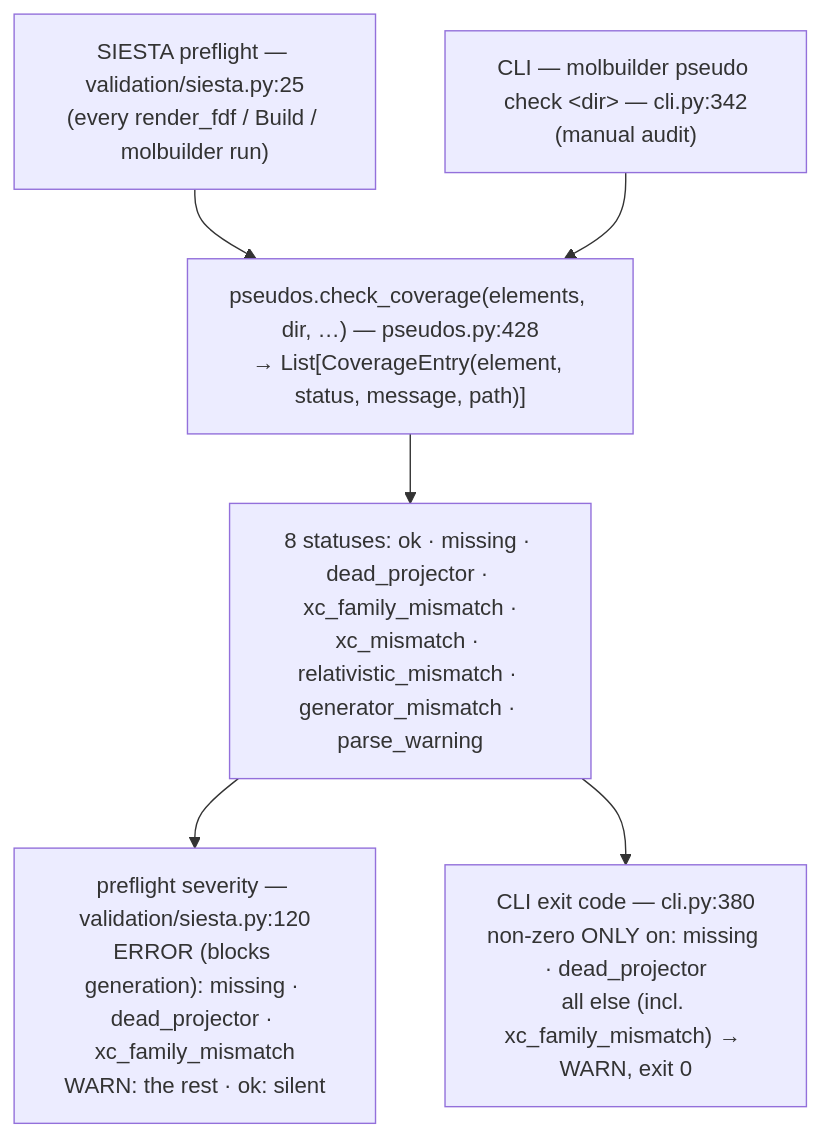
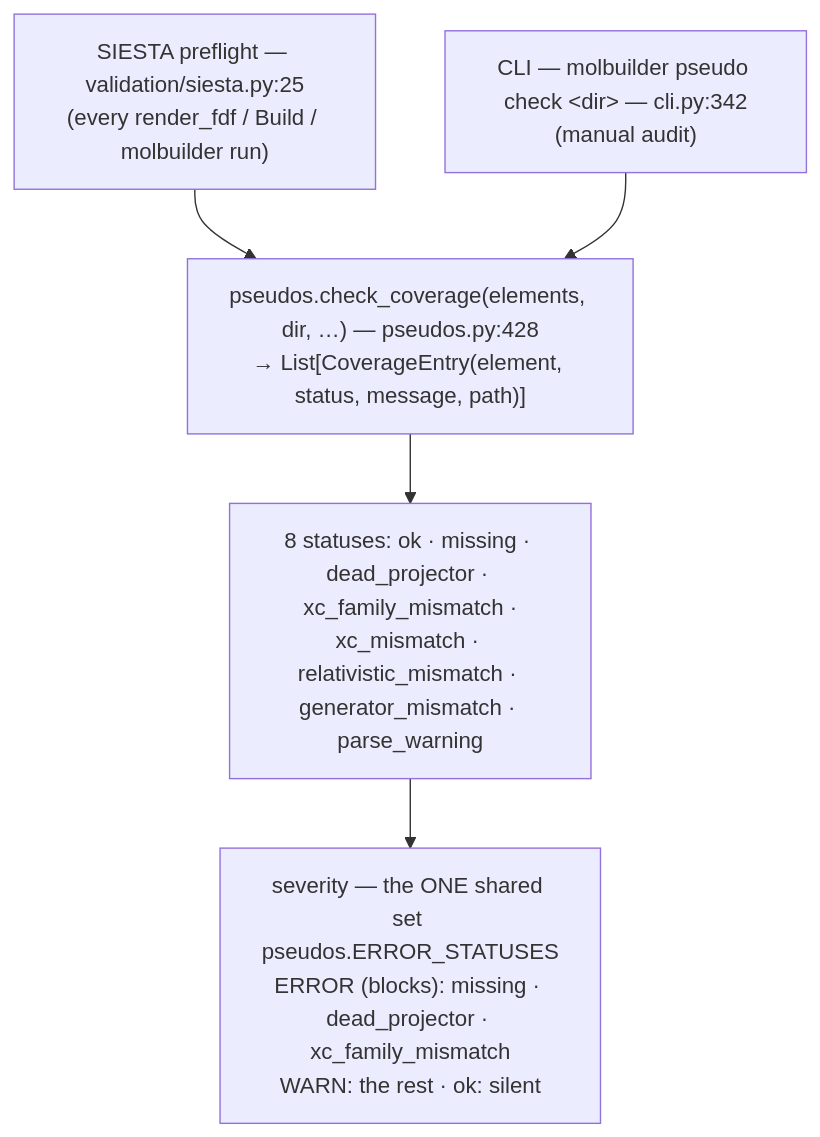
The diagram in docs/science/pseudopotentials.md (Qing-LAB/molbuilder), drawn with Mermaid before and after one commit. The commit also changed other lines of this file and 4 other files, not shown here.

````diff
--- a/docs/science/pseudopotentials.md
+++ b/docs/science/pseudopotentials.md
@@ -45,14 +45,11 @@
 ```mermaid
 flowchart TB
     P["SIESTA preflight — validation/siesta.py:25<br/>(every render_fdf / Build / molbuilder run)"]
     C["CLI — molbuilder pseudo check &lt;dir&gt; — cli.py:342<br/>(manual audit)"]
     CC["pseudos.check_coverage(elements, dir, …) — pseudos.py:428<br/>→ List[CoverageEntry(element, status, message, path)]"]
     ST["8 statuses: ok · missing · dead_projector · xc_family_mismatch ·<br/>xc_mismatch · relativistic_mismatch · generator_mismatch · parse_warning"]
-    PS["preflight severity — validation/siesta.py:120<br/>ERROR (blocks generation): missing · dead_projector · xc_family_mismatch<br/>WARN: the rest · ok: silent"]
-    CS["CLI exit code — cli.py:380<br/>non-zero ONLY on: missing · dead_projector<br/>all else (incl. xc_family_mismatch) → WARN, exit 0"]
+    SEV["severity — the ONE shared set pseudos.ERROR_STATUSES<br/>ERROR (blocks): missing · dead_projector · xc_family_mismatch<br/>WARN: the rest · ok: silent"]
     P --> CC
     C --> CC
-    CC --> ST
-    ST --> PS
-    ST --> CS
+    CC --> ST --> SEV
 ```
````
